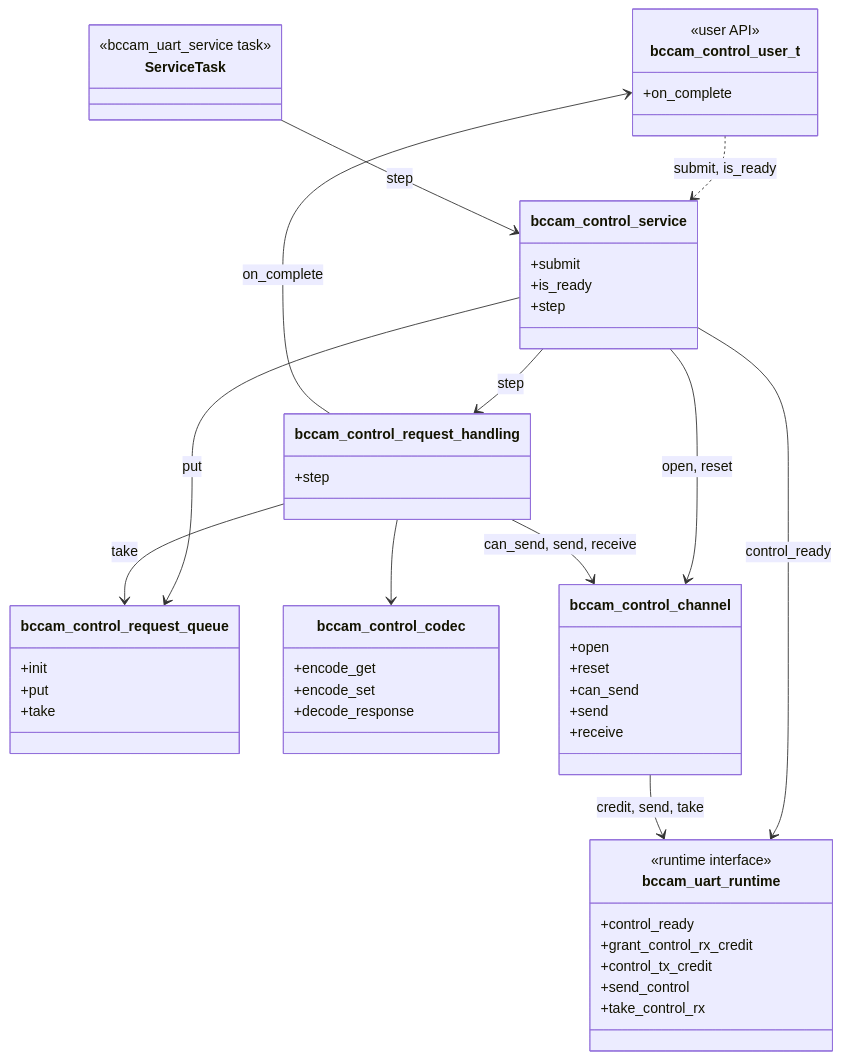
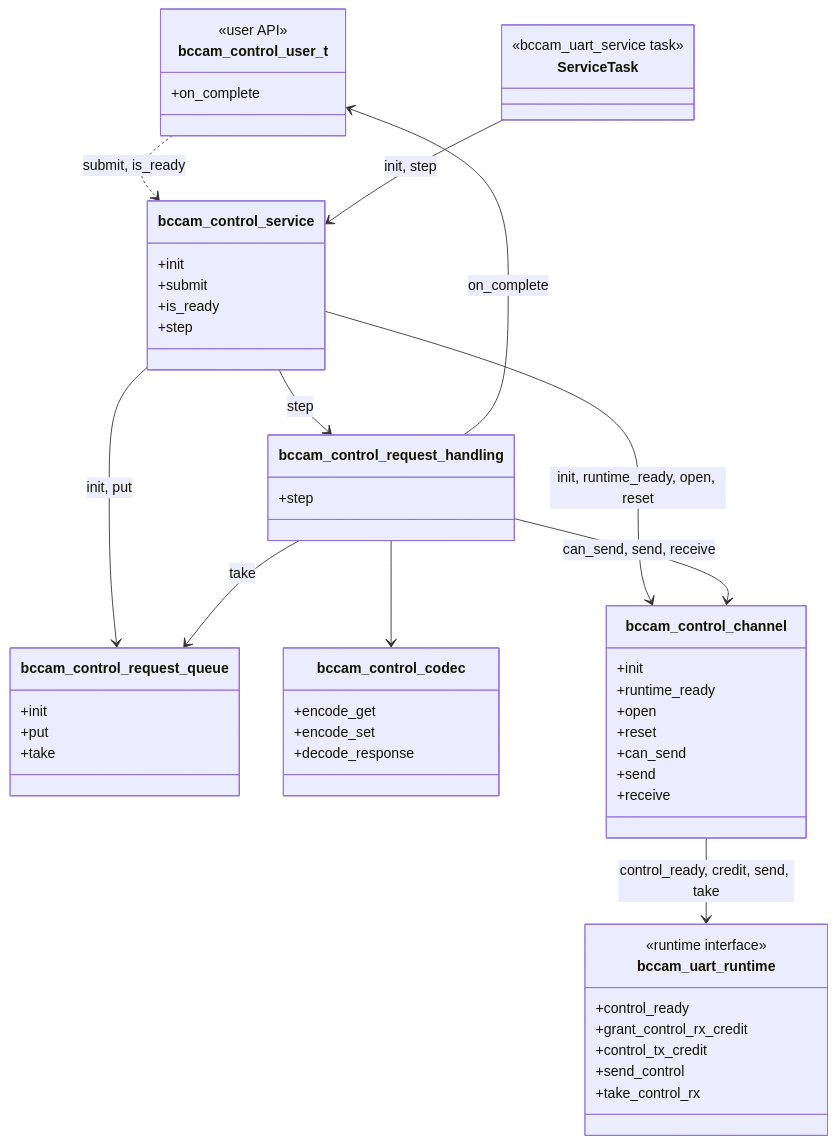
One commit to bitcraze/crazyflie-firmware changed the first of 10 diagrams in docs/functional-areas/camera-deck-control.md. Above: the diagram before and after it, drawn with Mermaid. The commit also changed other lines of this file, not shown here.

Commit message:
docs: Channel holds runtime reference, and implements ready function

````diff
--- a/docs/functional-areas/camera-deck-control.md
+++ b/docs/functional-areas/camera-deck-control.md
@@ -138,64 +138,66 @@
 ```mermaid
 classDiagram
     direction TB
 
     class bccam_control_user_t {
         <<user API>>
         +on_complete
     }
 
     class bccam_control_service {
+        +init
         +submit
         +is_ready
         +step
     }
 
     class bccam_control_request_queue {
         +init
         +put
         +take
     }
 
     class bccam_control_request_handling {
         +step
     }
 
     class bccam_control_codec {
         +encode_get
         +encode_set
         +decode_response
     }
 
     class bccam_control_channel {
+        +init
+        +runtime_ready
         +open
         +reset
         +can_send
         +send
         +receive
     }
 
     class bccam_uart_runtime {
         <<runtime interface>>
         +control_ready
         +grant_control_rx_credit
         +control_tx_credit
         +send_control
         +take_control_rx
     }
 
     class ServiceTask {
         <<bccam_uart_service task>>
     }
 
     bccam_control_user_t ..> bccam_control_service : submit, is_ready
-    ServiceTask --> bccam_control_service : step
-    bccam_control_service --> bccam_control_request_queue : put
-    bccam_control_service --> bccam_uart_runtime : control_ready
-    bccam_control_service --> bccam_control_channel : open, reset
+    ServiceTask --> bccam_control_service : init, step
+    bccam_control_service --> bccam_control_request_queue : init, put
+    bccam_control_service --> bccam_control_channel : init, runtime_ready, open, reset
     bccam_control_service --> bccam_control_request_handling : step
     bccam_control_request_handling --> bccam_control_request_queue : take
     bccam_control_request_handling --> bccam_control_codec
     bccam_control_request_handling --> bccam_control_channel : can_send, send, receive
     bccam_control_request_handling --> bccam_control_user_t : on_complete
-    bccam_control_channel --> bccam_uart_runtime : credit, send, take
+    bccam_control_channel --> bccam_uart_runtime : control_ready, credit, send, take
 ```
````
